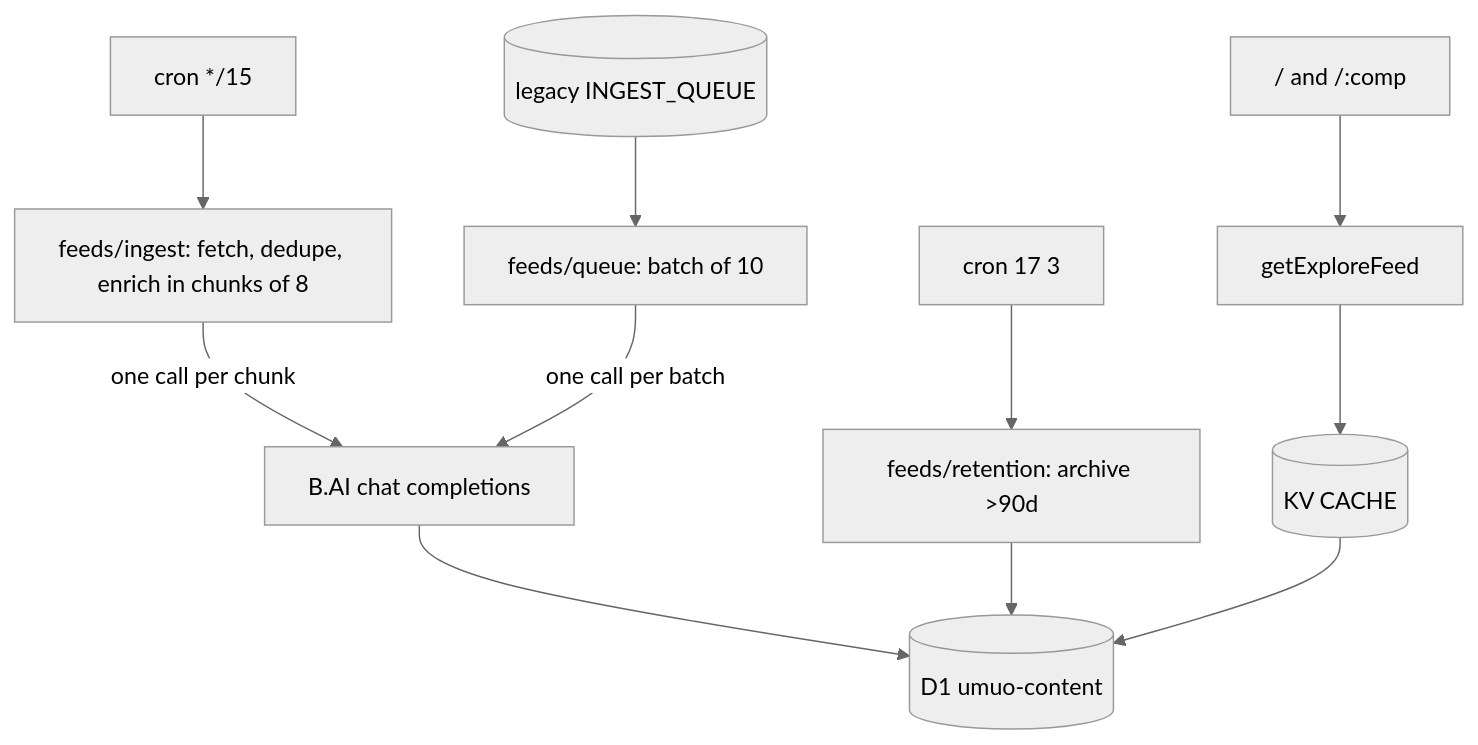
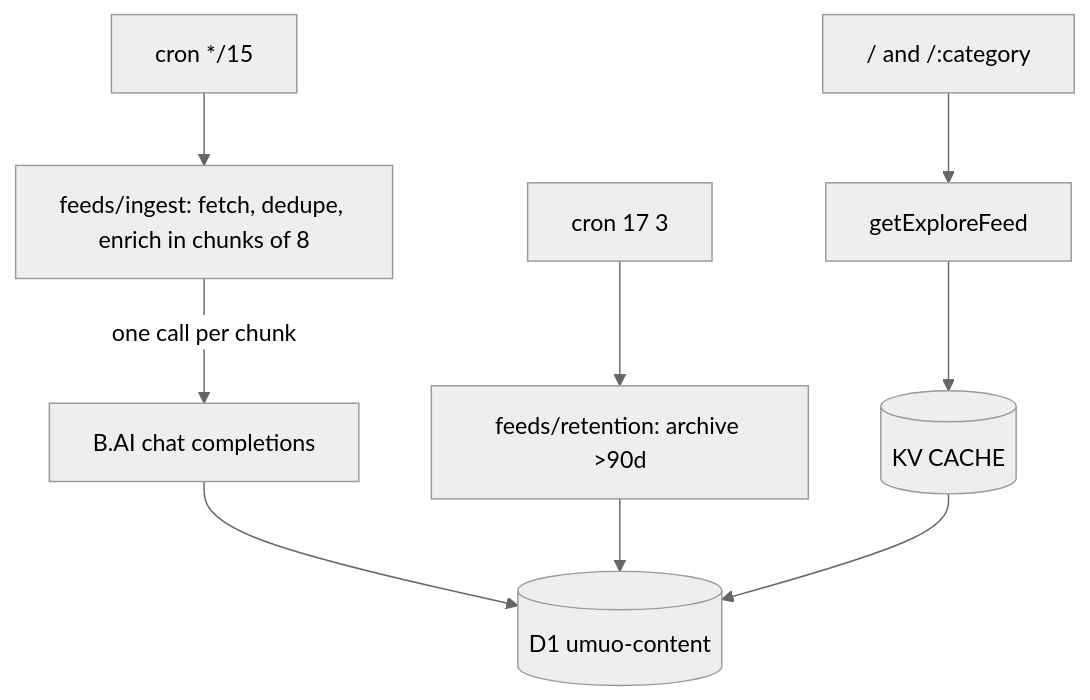
The diagram in AGENTS.md (youming-ai/umuo), drawn with Mermaid (neutral theme) before and after one commit. The commit also changed other lines of this file and 49 other files, not shown here.

````diff
--- a/AGENTS.md
+++ b/AGENTS.md
@@ -11,12 +11,10 @@
 ```mermaid
 graph TD
   Cron["cron */15"] --> Ingest[feeds/ingest: fetch, dedupe, enrich in chunks of 8]
   Ingest -->|one call per chunk| LLM[B.AI chat completions]
   LLM --> D1[(D1 umuo-content)]
-  LegacyQ[(legacy INGEST_QUEUE)] --> Consumer[feeds/queue: batch of 10]
-  Consumer -->|one call per batch| LLM
   Sweep["cron 17 3"] --> Retention[feeds/retention: archive >90d]
   Retention --> D1
 
-  Home["/ and /:comp"] --> Explore[getExploreFeed] --> KV1[(KV CACHE)] --> D1
+  Home["/ and /:category"] --> Explore[getExploreFeed] --> KV1[(KV CACHE)] --> D1
 ```
````
